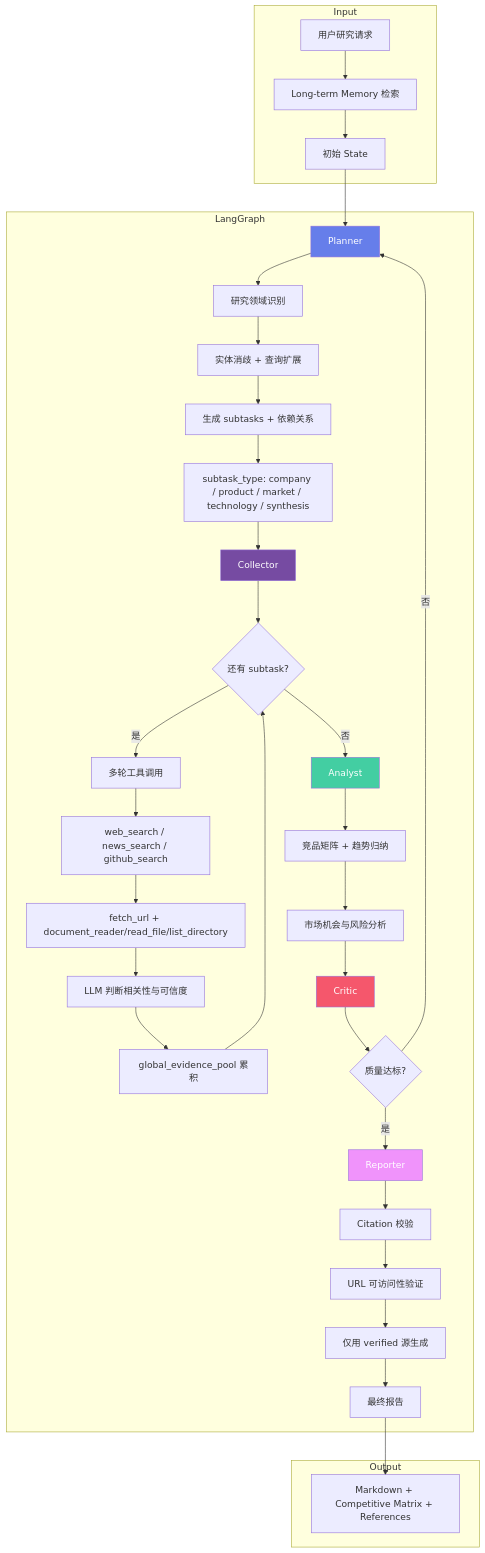
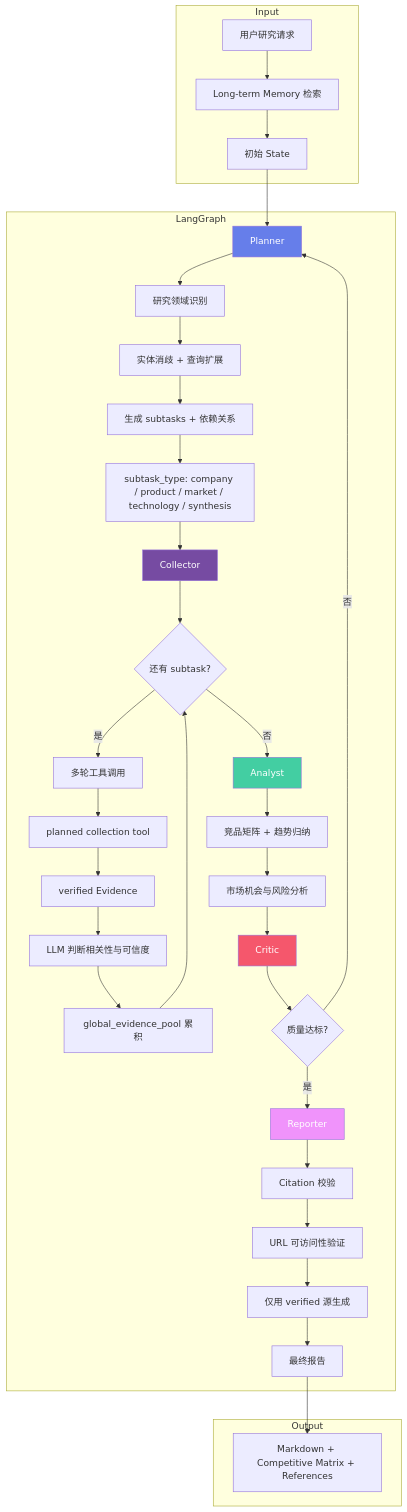
Before and after one commit to Caser-86/InsightGraph: the first of 3 diagrams in README.md, drawn with Mermaid. The commit also changed other lines of this file, not shown here.

Commit message:
docs: clarify collection tool data flow

````diff
--- a/README.md
+++ b/README.md
@@ -269,46 +269,46 @@
 ```mermaid
 flowchart TB
     subgraph Input
         A[用户研究请求] --> B[Long-term Memory 检索]
         B --> C[初始 State]
     end
 
     subgraph LangGraph
         C --> D[Planner]
         D --> D1[研究领域识别]
         D1 --> D2[实体消歧 + 查询扩展]
         D2 --> D3[生成 subtasks + 依赖关系]
         D3 --> D4[subtask_type: company / product / market / technology / synthesis]
         D4 --> E[Collector]
 
         E --> E1{还有 subtask?}
         E1 -->|是| E2[多轮工具调用]
-        E2 --> E3[web_search / news_search / github_search]
-        E3 --> E4[fetch_url + document_reader/read_file/list_directory]
+        E2 --> E3[planned collection tool]
+        E3 --> E4[verified Evidence]
         E4 --> E5[LLM 判断相关性与可信度]
         E5 --> E6[global_evidence_pool 累积]
         E6 --> E1
         E1 -->|否| F[Analyst]
 
         F --> F1[竞品矩阵 + 趋势归纳]
         F1 --> F2[市场机会与风险分析]
         F2 --> G[Critic]
         G --> G1{质量达标?}
         G1 -->|否| D
         G1 -->|是| H[Reporter]
         H --> H1[Citation 校验]
         H1 --> H2[URL 可访问性验证]
         H2 --> H3[仅用 verified 源生成]
         H3 --> I[最终报告]
     end
 
     subgraph Output
         I --> J[Markdown + Competitive Matrix + References]
     end
 
     style D fill:#667eea,color:#fff
     style E fill:#764ba2,color:#fff
     style F fill:#43cea2,color:#fff
     style G fill:#f5576c,color:#fff
     style H fill:#f093fb,color:#fff
 ```
````
